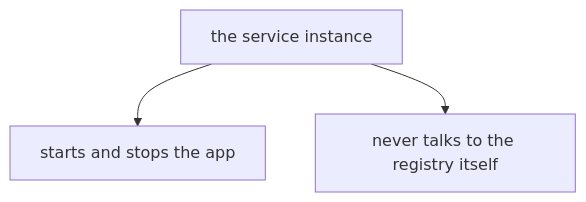
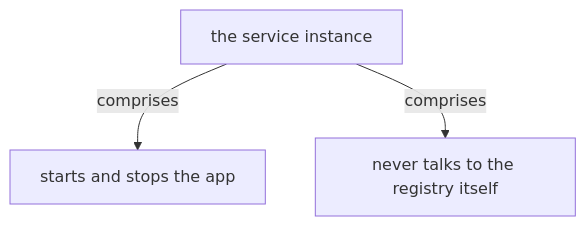
The fourth of 12 diagrams in docs/ch08-third-party-registration.md (vinayakuber/microservices-io-study-guide), drawn with Mermaid before and after one commit. The commit also changed other lines of this file and 71 other files, not shown here.

First line of the commit message:
R18: label every diagram arrow with its meaning

````diff
--- a/docs/ch08-third-party-registration.md
+++ b/docs/ch08-third-party-registration.md
@@ -179,6 +179,6 @@
 ```mermaid
 flowchart TD
   R["the service instance"]
-  R --> P0["starts and stops the app"]
-  R --> P1["never talks to the registry itself"]
+  R -->|"comprises"| P0["starts and stops the app"]
+  R -->|"comprises"| P1["never talks to the registry itself"]
 ```
````
